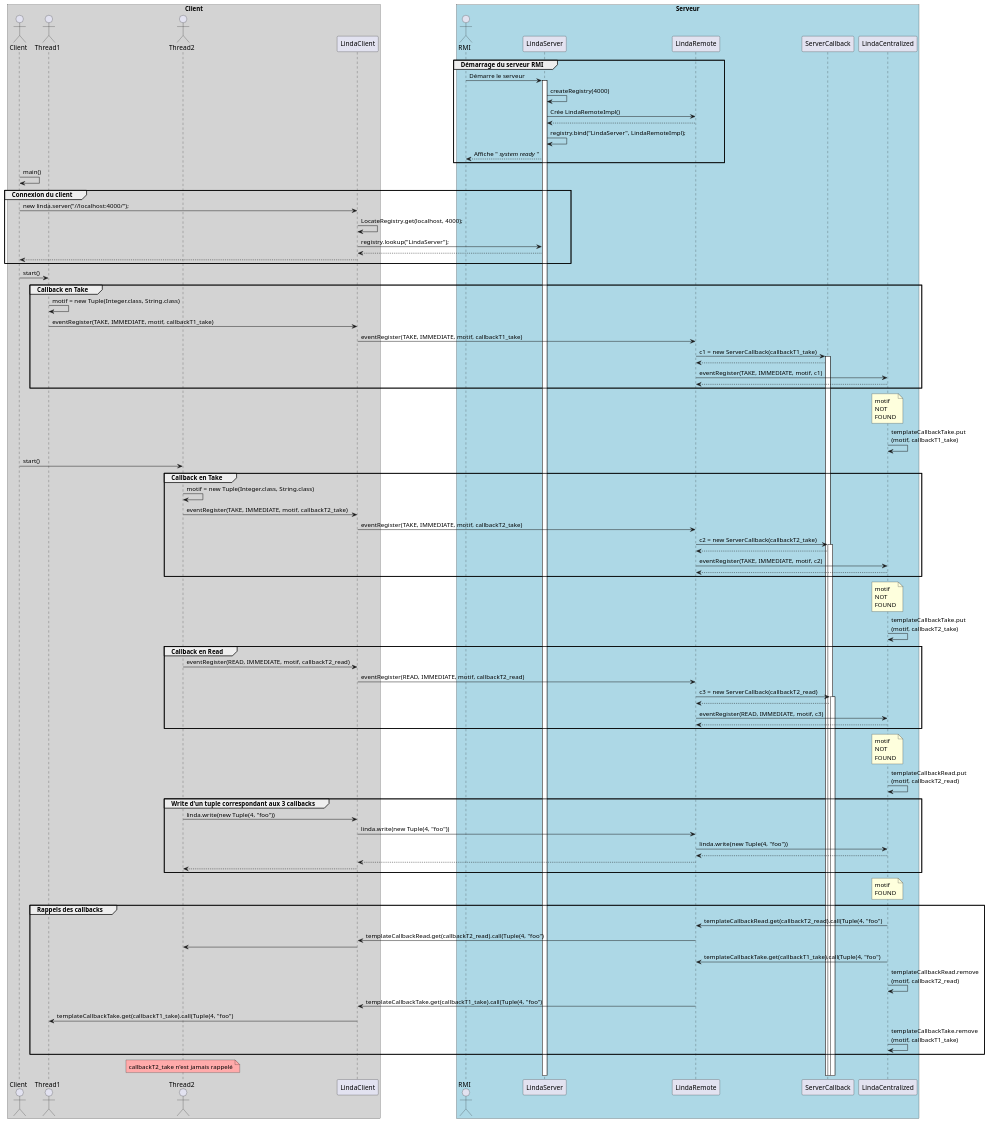
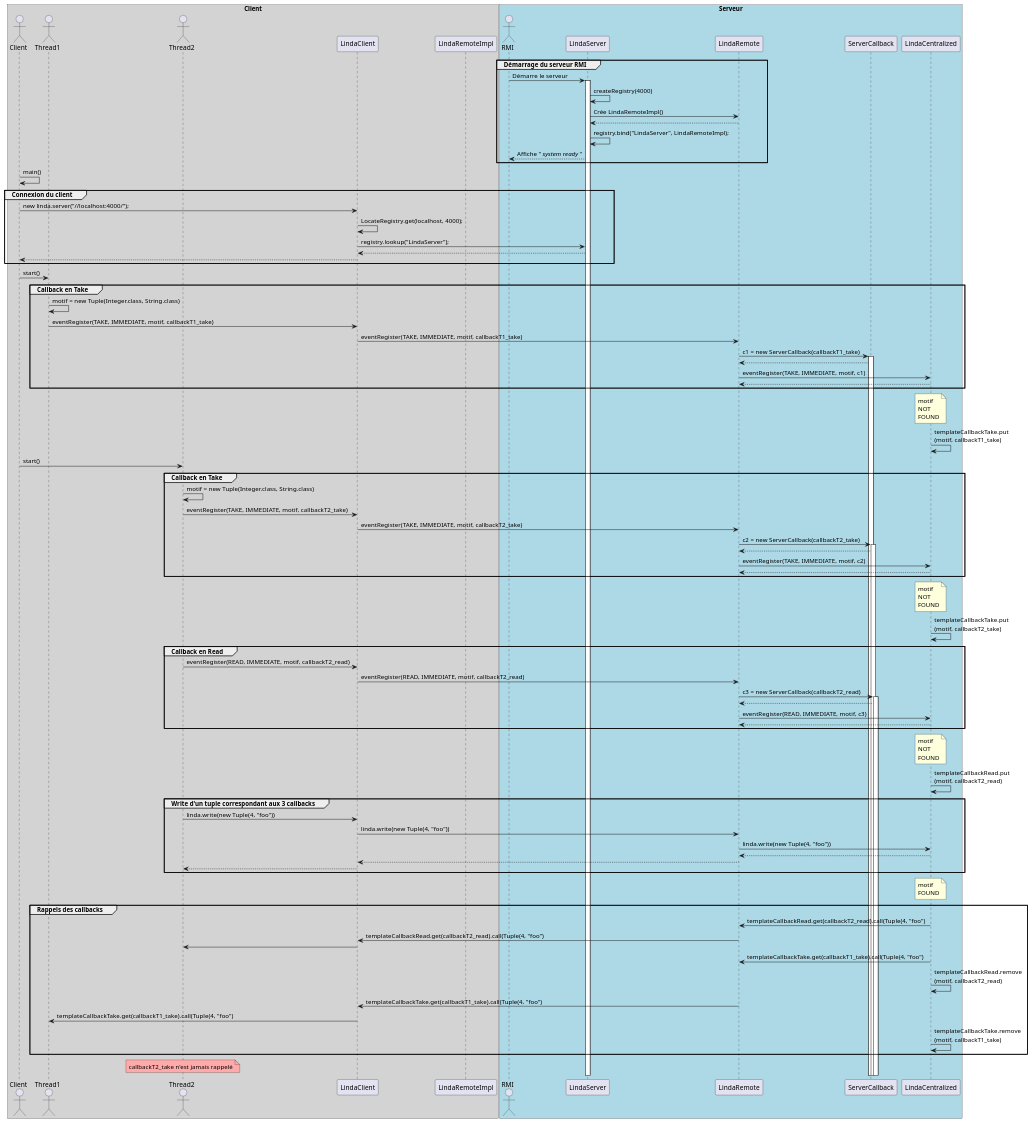
One commit to HayZun/Intergiciel changed the diagram in linda/server/Diagramme/Sequences/Sequence_callback.plantuml. Above: the diagram before and after it, drawn with PlantUML. The commit also changed 2 other files, not shown here.

```diff
--- a/linda/server/Diagramme/Sequences/Sequence_callback.plantuml
+++ b/linda/server/Diagramme/Sequences/Sequence_callback.plantuml
@@ -1,161 +1,162 @@
 @startuml
 
 box "Client" #LightGrey
 actor "Client" as User
 actor Thread1
 actor Thread2
 participant LindaClient
+participant LindaRemoteImpl
 end box
 box "Serveur" #LightBlue
 actor RMI
 participant LindaServer
 participant LindaRemote
 participant ServerCallback
 participant "LindaCentralized" as Linda
 end box
 
 group Démarrage du serveur RMI
 
 RMI -> LindaServer: Démarre le serveur
 
 activate LindaServer
 
 LindaServer -> LindaServer: createRegistry(4000)
 
 LindaServer -> LindaRemote: Crée LindaRemoteImpl()
 
 LindaRemote --> LindaServer:
 
 LindaServer -> LindaServer: registry.bind("LindaServer", LindaRemoteImpl);
 
 LindaServer --> RMI: Affiche "// system ready //"
 
 end
 
 User -> User: main()
 
 group Connexion du client
 
 User -> LindaClient : new linda.server("//localhost:4000/");
 LindaClient -> LindaClient : LocateRegistry.get(localhost, 4000);
 LindaClient -> LindaServer : registry.lookup("LindaServer");
 LindaServer --> LindaClient
 LindaClient --> User
 
 end
 
 User -> Thread1: start()
 
 group Callback en Take
 
 Thread1 -> Thread1 : motif = new Tuple(Integer.class, String.class)
 
 Thread1 -> LindaClient: eventRegister(TAKE, IMMEDIATE, motif, callbackT1_take)
 
 LindaClient -> LindaRemote : eventRegister(TAKE, IMMEDIATE, motif, callbackT1_take)
 
 LindaRemote -> ServerCallback : c1 = new ServerCallback(callbackT1_take)
 
 activate ServerCallback
 
 ServerCallback --> LindaRemote
 
 LindaRemote -> Linda:  eventRegister(TAKE, IMMEDIATE, motif, c1)
 
 Linda --> LindaRemote
 
 end
 
 note over Linda : motif \nNOT \nFOUND
 
 Linda -> Linda : templateCallbackTake.put\n(motif, callbackT1_take)
 
 User -> Thread2: start()
 
 group Callback en Take
 
 Thread2 -> Thread2 : motif = new Tuple(Integer.class, String.class)
 
 Thread2 -> LindaClient: eventRegister(TAKE, IMMEDIATE, motif, callbackT2_take)
 
 LindaClient -> LindaRemote : eventRegister(TAKE, IMMEDIATE, motif, callbackT2_take)
 
 LindaRemote -> ServerCallback : c2 = new ServerCallback(callbackT2_take)
 
 activate ServerCallback
 
 ServerCallback --> LindaRemote
 
 LindaRemote -> Linda : eventRegister(TAKE, IMMEDIATE, motif, c2)
 
 Linda --> LindaRemote
 
 end
 
 note over Linda : motif \nNOT \nFOUND
 
 Linda -> Linda : templateCallbackTake.put\n(motif, callbackT2_take)
 
 group Callback en Read
 
 Thread2 -> LindaClient: eventRegister(READ, IMMEDIATE, motif, callbackT2_read)
 
 LindaClient -> LindaRemote: eventRegister(READ, IMMEDIATE, motif, callbackT2_read)
 
 LindaRemote -> ServerCallback : c3 = new ServerCallback(callbackT2_read)
 
 activate ServerCallback
 
 ServerCallback --> LindaRemote
 
 LindaRemote -> Linda: eventRegister(READ, IMMEDIATE, motif, c3)
 
 Linda --> LindaRemote
 
 end
 
 note over Linda : motif \nNOT \nFOUND
 
 Linda -> Linda : templateCallbackRead.put\n(motif, callbackT2_read)
 
 group Write d'un tuple correspondant aux 3 callbacks
 
 Thread2 -> LindaClient: linda.write(new Tuple(4, "foo"))
 
 LindaClient -> LindaRemote: linda.write(new Tuple(4, "foo"))
 
 LindaRemote -> Linda : linda.write(new Tuple(4, "foo")) 
 
 Linda --> LindaRemote
 
 LindaRemote --> LindaClient
 
 LindaClient --> Thread2
 
 end
 
 note over Linda : motif \nFOUND
 
 group Rappels des callbacks
 
 Linda -> LindaRemote : templateCallbackRead.get(callbackT2_read).call(Tuple(4, "foo") 
 
 LindaRemote -> LindaClient : templateCallbackRead.get(callbackT2_read).call(Tuple(4, "foo") 
 
 LindaClient -> Thread2
 
 Linda -> LindaRemote : templateCallbackTake.get(callbackT1_take).call(Tuple(4, "foo")
 
 Linda -> Linda : templateCallbackRead.remove\n(motif, callbackT2_read)
 
 LindaRemote -> LindaClient : templateCallbackTake.get(callbackT1_take).call(Tuple(4, "foo")
 
 LindaClient -> Thread1 : templateCallbackTake.get(callbackT1_take).call(Tuple(4, "foo")
 
 Linda -> Linda : templateCallbackTake.remove\n(motif, callbackT1_take)
 
 end
 
 note over Thread2 #FFAAAA: callbackT2_take n'est jamais rappelé
 
 @enduml
```
